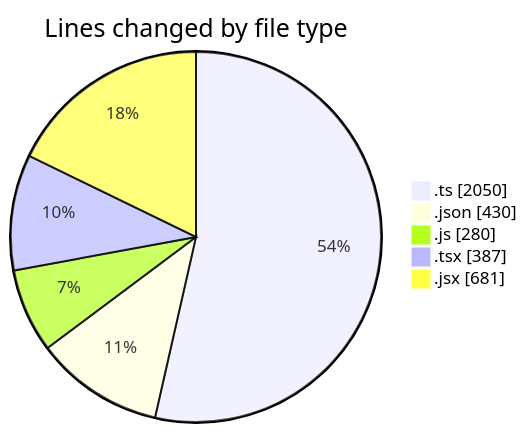
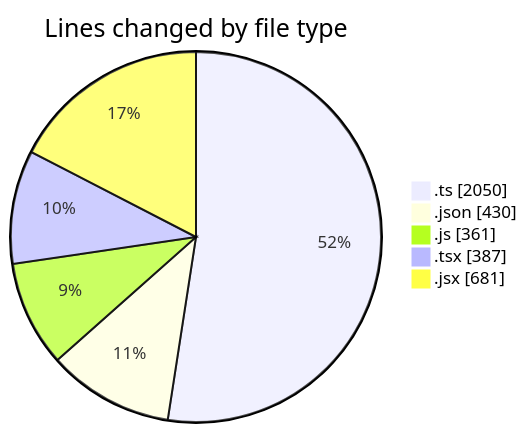
One commit to momahboobian/code-tracking changed the first of 2 diagrams in 2025-10-29/cda/README.md. Above: the diagram before and after it, drawn with Mermaid. The commit also changed other lines of this file and 1 other file, not shown here.

````diff
--- a/2025-10-29/cda/README.md
+++ b/2025-10-29/cda/README.md
@@ -32,9 +33,9 @@
 ```mermaid
 pie showData
 title Lines changed by file type
 ".ts" : 2050
 ".json" : 430
-".js" : 280
+".js" : 361
 ".tsx" : 387
 ".jsx" : 681
 ```
````
